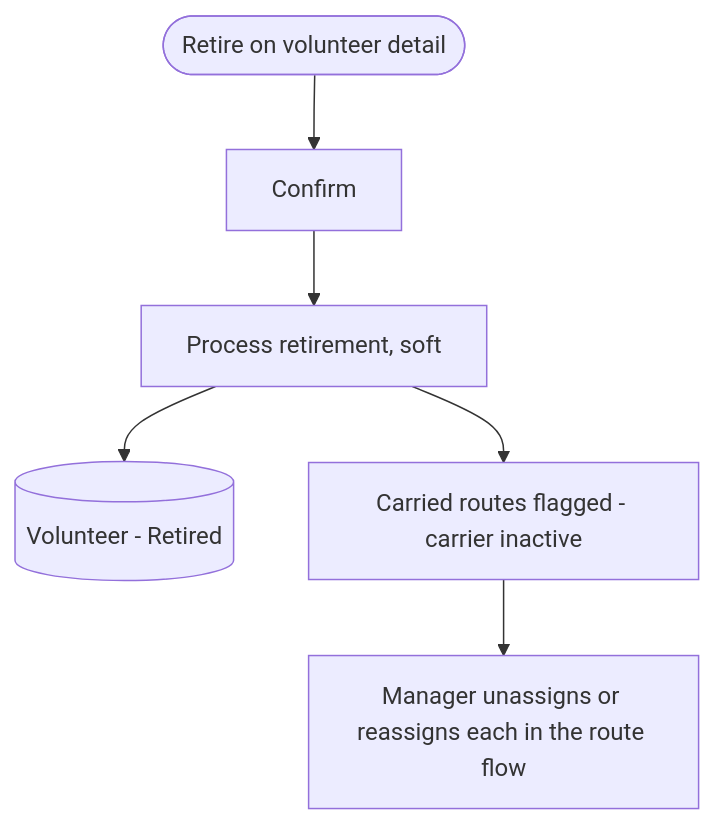
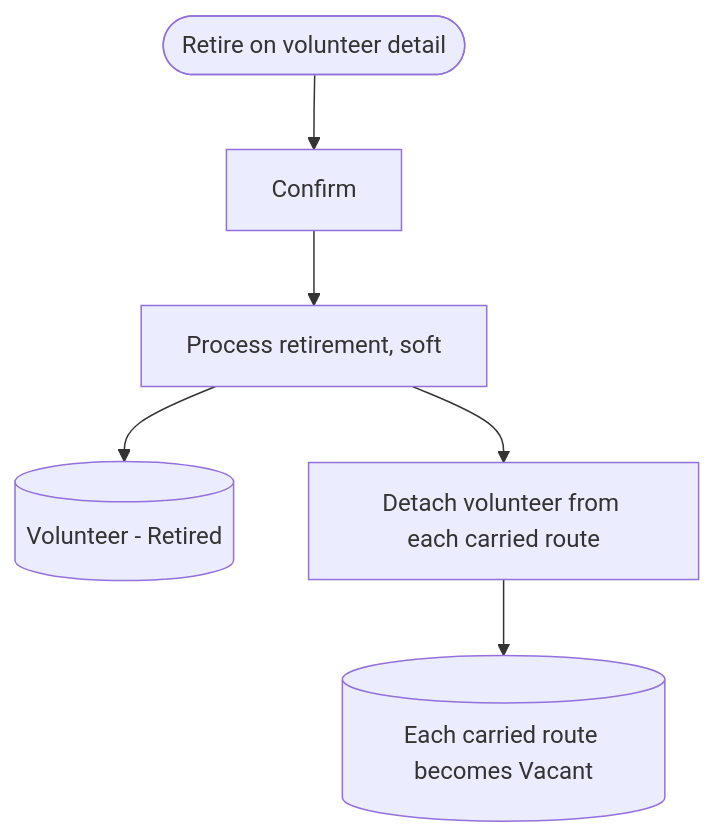
The sixth of 11 diagrams in docs/people_management_flow_v1.md (uwblueprint/beach-metro), drawn with Mermaid before and after one commit. The commit also changed other lines of this file, not shown here.

First line of the commit message:
Auto-vacate routes on volunteer retirement, split name fields, and simplify the captain flow (BM-24)

````diff
--- a/docs/people_management_flow_v1.md
+++ b/docs/people_management_flow_v1.md
@@ -144,8 +146,8 @@
 ```mermaid
 flowchart TD
     Start([Retire on volunteer detail]) --> Confirm[Confirm]
     Confirm --> Process[Process retirement, soft]
     Process --> Retired[(Volunteer - Retired)]
-    Process --> FlagRoutes[Carried routes flagged - carrier inactive]
-    FlagRoutes --> Handle[Manager unassigns or reassigns each in the route flow]
+    Process --> Detach[Detach volunteer from each carried route]
+    Detach --> Vacant[(Each carried route becomes Vacant)]
 ```
````
